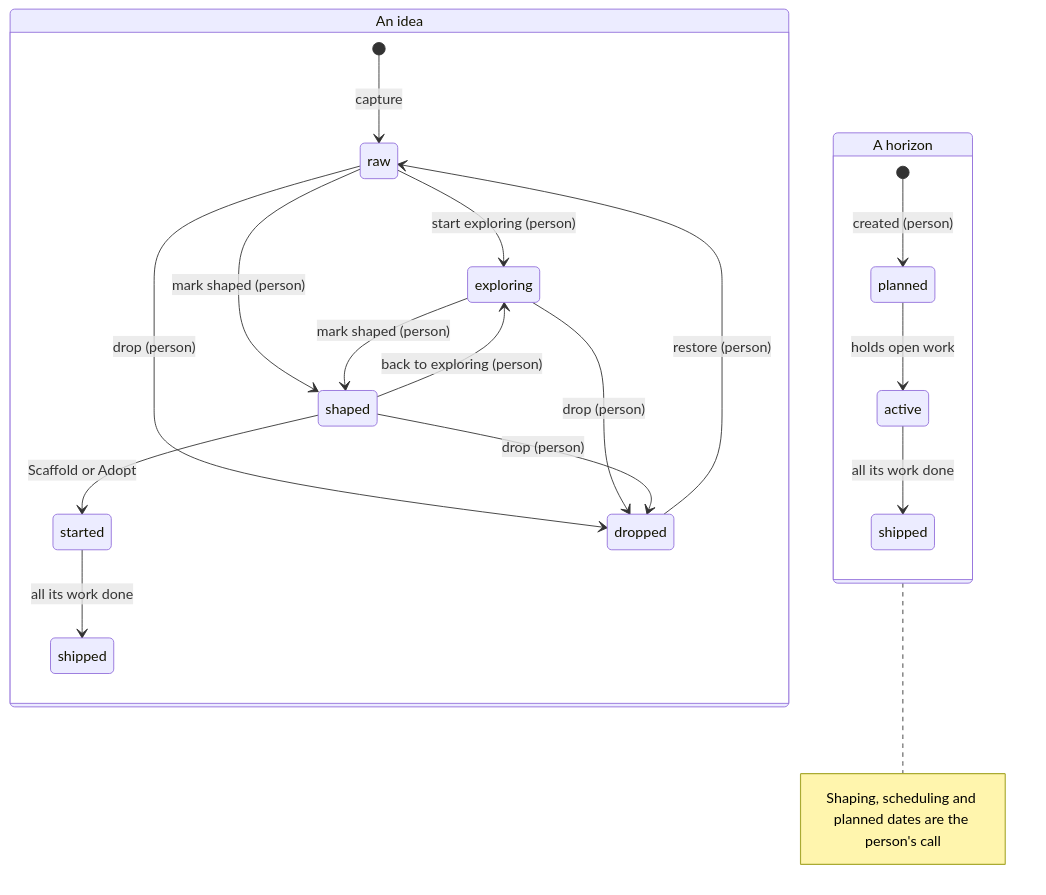
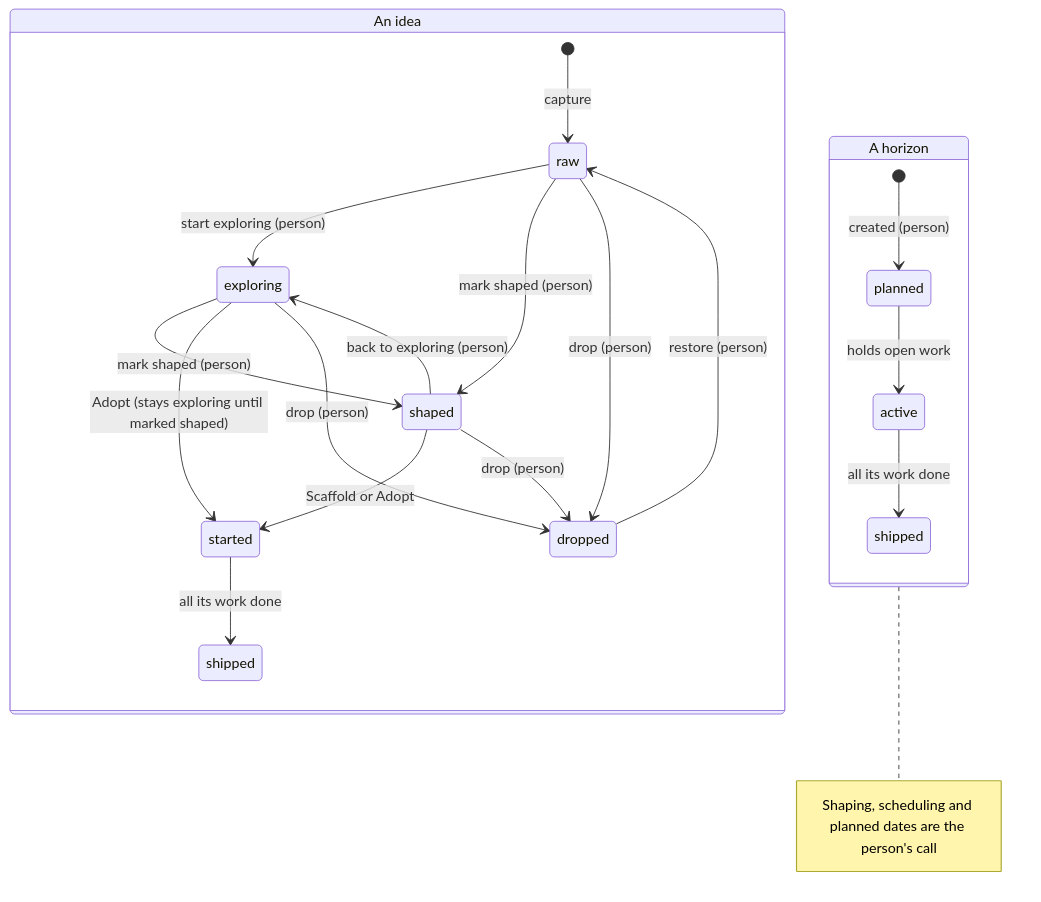
The diagram in docs/plan.md (vpetkovic/staple-tracker), drawn with Mermaid before and after one commit. The commit also changed other lines of this file and 1 other file, not shown here.

Commit message:
docs(plan): describe the umbrella gate, adopt while exploring and the sub-idea key rule

````diff
--- a/docs/plan.md
+++ b/docs/plan.md
@@ -31,27 +31,28 @@
 ```mermaid
 stateDiagram-v2
     state "An idea" as idea {
         [*] --> raw: capture
         raw --> exploring: start exploring (person)
         raw --> shaped: mark shaped (person)
         exploring --> shaped: mark shaped (person)
         shaped --> exploring: back to exploring (person)
         shaped --> started: Scaffold or Adopt
+        exploring --> started: Adopt (stays exploring until marked shaped)
         started --> shipped: all its work done
         raw --> dropped: drop (person)
         exploring --> dropped: drop (person)
         shaped --> dropped: drop (person)
         dropped --> raw: restore (person)
     }
     state "A horizon" as horizon {
         state "planned" as h_planned
         state "active" as h_active
         state "shipped" as h_shipped
         [*] --> h_planned: created (person)
         h_planned --> h_active: holds open work
         h_active --> h_shipped: all its work done
     }
     note right of horizon
         Shaping, scheduling and planned dates are the person's call
     end note
 ```
````
